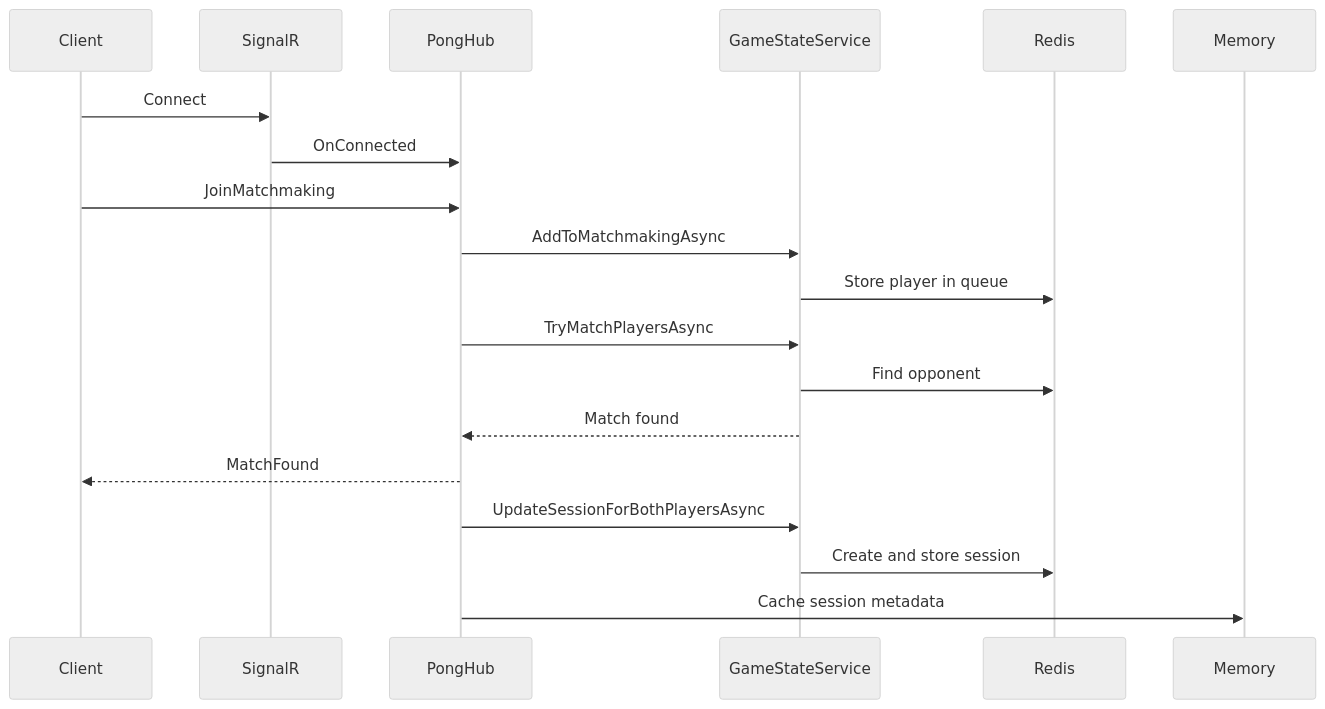
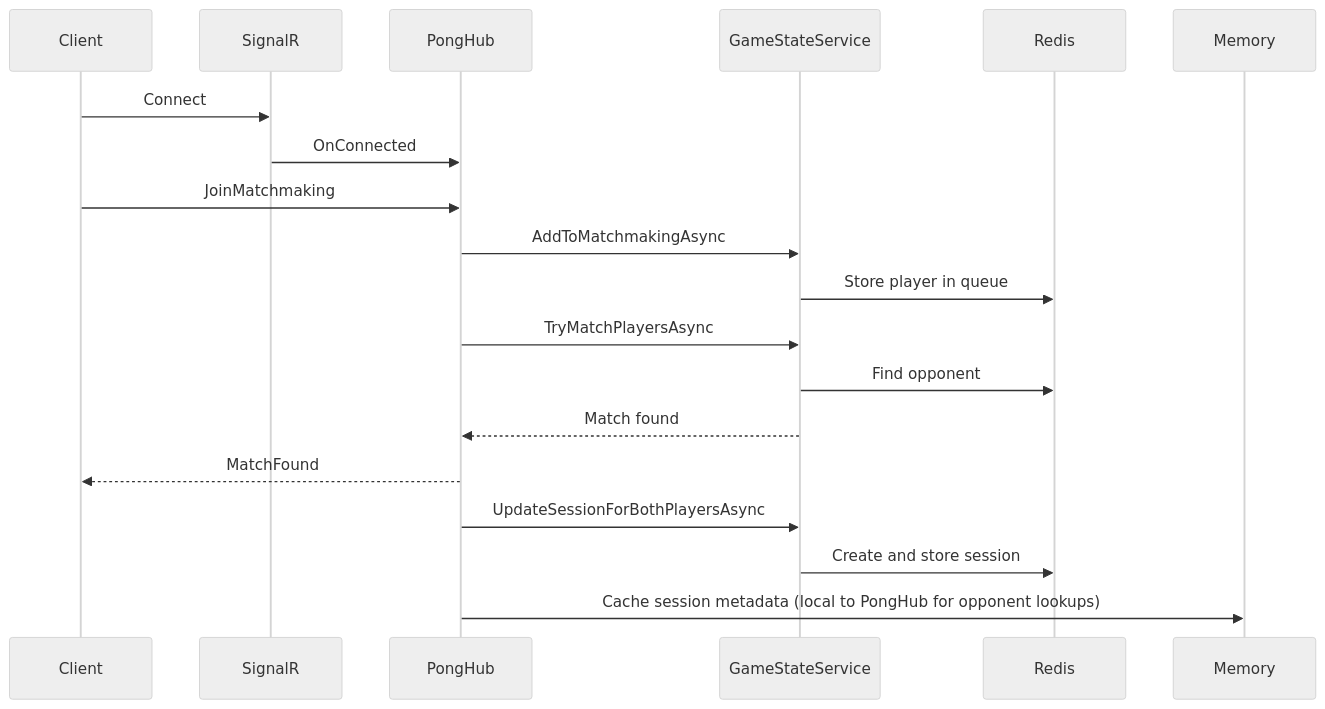
The second of 4 diagrams in SYSTEM_DESIGN.md (rmoreirao/AzureOnlinePongGame), drawn with Mermaid (neutral theme) before and after one commit. The commit also changed other lines of this file and 6 other files, not shown here.

First line of the commit message:
Refactor game state management and input handling in PongHub and GameStateService

````diff
--- a/SYSTEM_DESIGN.md
+++ b/SYSTEM_DESIGN.md
@@ -139,20 +142,20 @@
 ```mermaid
 sequenceDiagram
     participant Client
     participant SignalR
     participant PongHub
     participant GameStateService
     participant Redis
     Client->>SignalR: Connect
     SignalR->>PongHub: OnConnected
     Client->>PongHub: JoinMatchmaking
     PongHub->>GameStateService: AddToMatchmakingAsync
     GameStateService->>Redis: Store player in queue
     PongHub->>GameStateService: TryMatchPlayersAsync
     GameStateService->>Redis: Find opponent
     GameStateService-->>PongHub: Match found
     PongHub-->>Client: MatchFound
     PongHub->>GameStateService: UpdateSessionForBothPlayersAsync
     GameStateService->>Redis: Create and store session
-    PongHub->>Memory: Cache session metadata
+    PongHub->>Memory: Cache session metadata (local to PongHub for opponent lookups)
 ```
````
